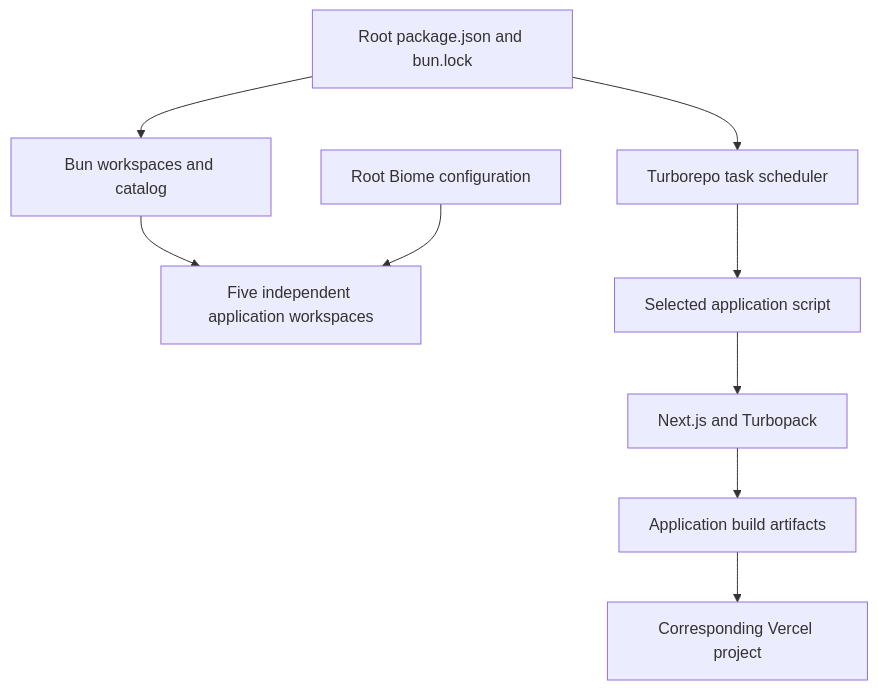
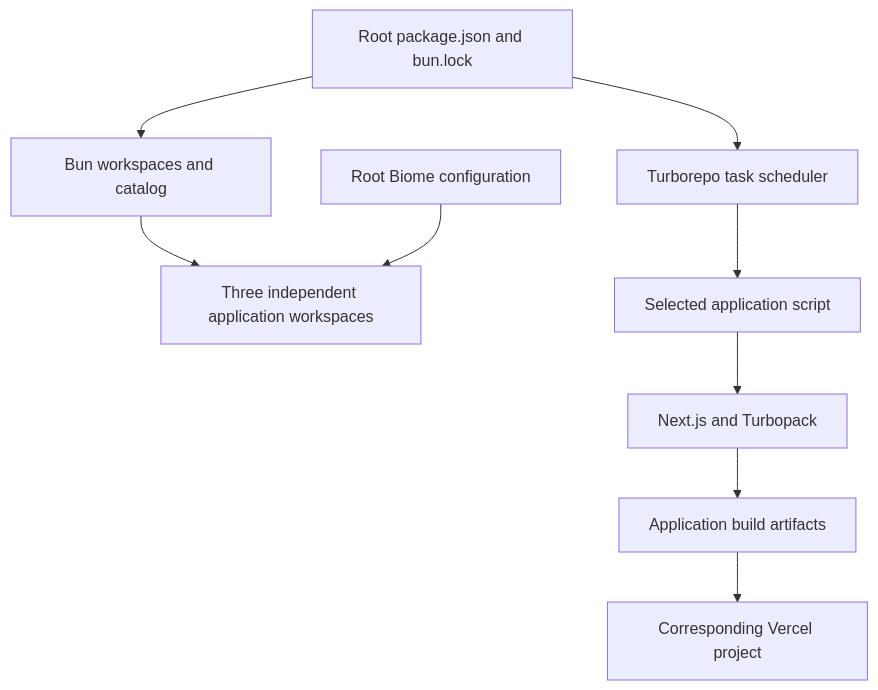
Before and after one commit to martincalvodaniel/damaca-vercel-apps: the diagram in docs/monorepo.md, drawn with Mermaid. The commit also changed other lines of this file and 149 other files, not shown here.

````diff
--- a/docs/monorepo.md
+++ b/docs/monorepo.md
@@ -34,11 +30,11 @@
 ```mermaid
 flowchart TD
     Root[Root package.json and bun.lock] --> Bun[Bun workspaces and catalog]
-    Bun --> Apps[Five independent application workspaces]
+    Bun --> Apps[Three independent application workspaces]
     Root --> Turbo[Turborepo task scheduler]
     Turbo --> AppTask[Selected application script]
     AppTask --> Next[Next.js and Turbopack]
     Next --> Artifacts[Application build artifacts]
     Artifacts --> Project[Corresponding Vercel project]
     Biome[Root Biome configuration] --> Apps
 ```
````
